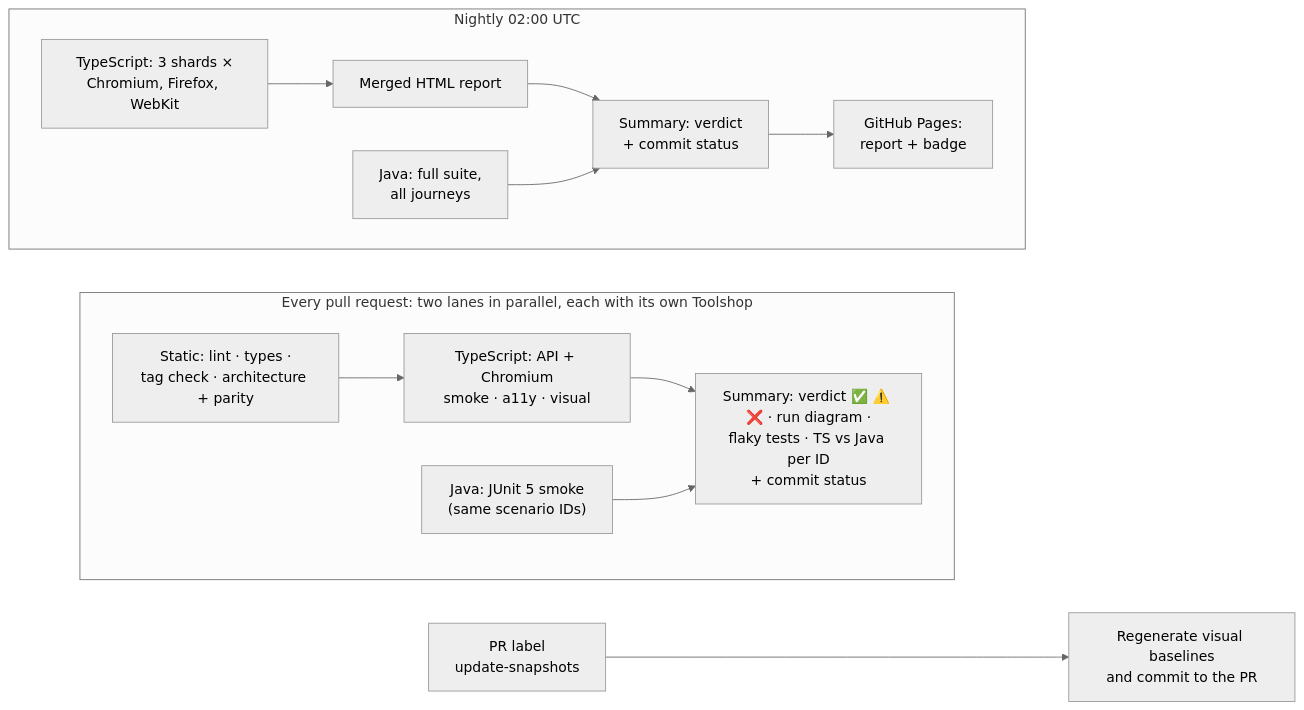
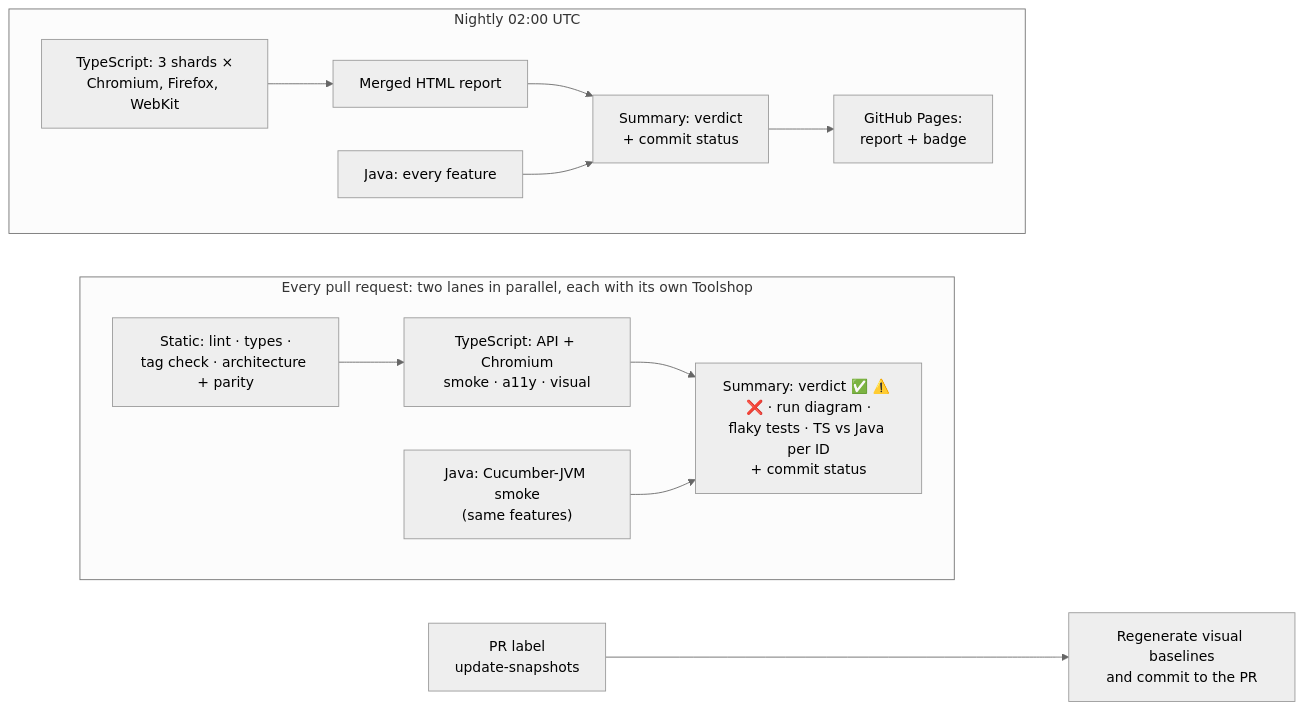
The second of 2 diagrams in README.md (junchunip-hue/playwright-e2e-showcase), drawn with Mermaid (neutral theme) before and after one commit. The commit also changed other lines of this file and 27 other files, not shown here.

````diff
--- a/README.md
+++ b/README.md
@@ -68,17 +93,17 @@
 ```mermaid
 flowchart LR
   subgraph PR["Every pull request: two lanes in parallel, each with its own Toolshop"]
     direction LR
     S["Static: lint · types ·<br/>tag check · architecture + parity"] --> TS["TypeScript: API + Chromium<br/>smoke · a11y · visual"]
-    J["Java: JUnit 5 smoke<br/>(same scenario IDs)"]
+    J["Java: Cucumber-JVM smoke<br/>(same features)"]
     TS --> SUM["Summary: verdict ✅ ⚠️ ❌ · run diagram ·<br/>flaky tests · TS vs Java per ID<br/>+ commit status"]
     J --> SUM
   end
   subgraph N["Nightly 02:00 UTC"]
     direction LR
     SH["TypeScript: 3 shards ×<br/>Chromium, Firefox, WebKit"] --> M["Merged HTML report"] --> NS["Summary: verdict<br/>+ commit status"]
-    NJ["Java: full suite,<br/>all journeys"] --> NS
+    NJ["Java: every feature"] --> NS
     NS --> P["GitHub Pages:<br/>report + badge"]
   end
   L["PR label<br/>update-snapshots"] --> B["Regenerate visual baselines<br/>and commit to the PR"]
 ```
````
